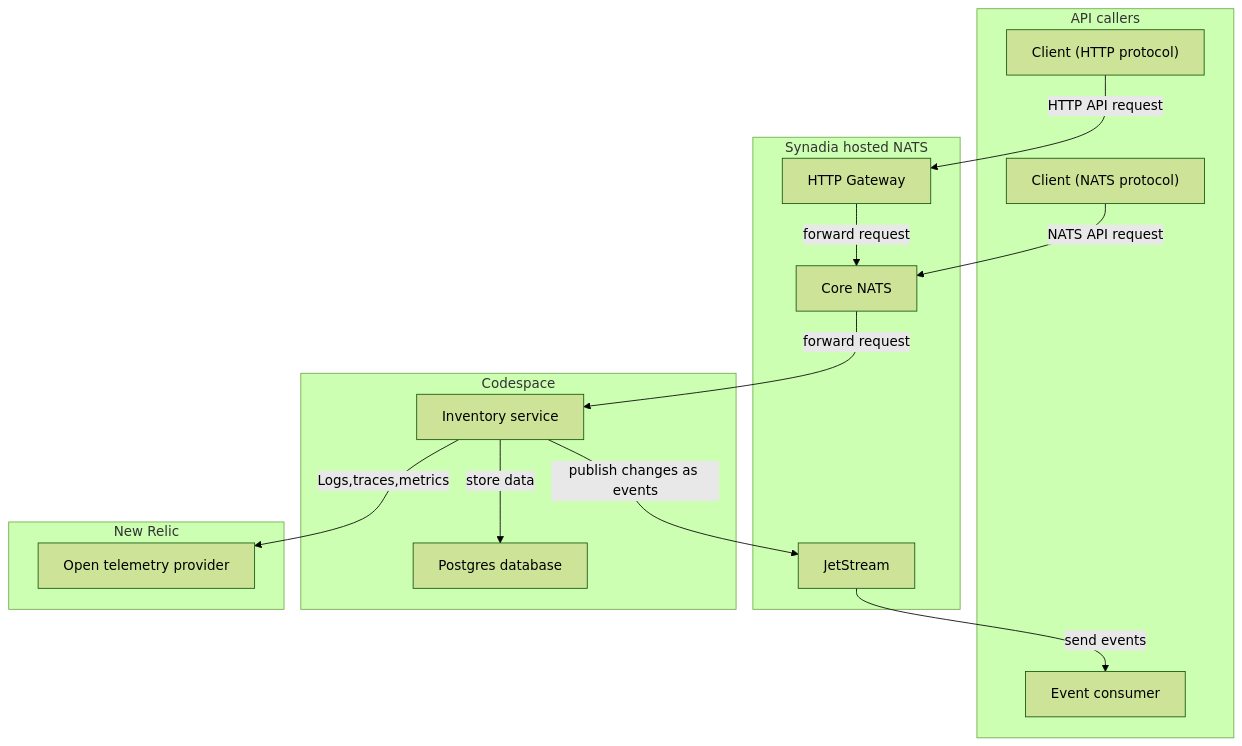
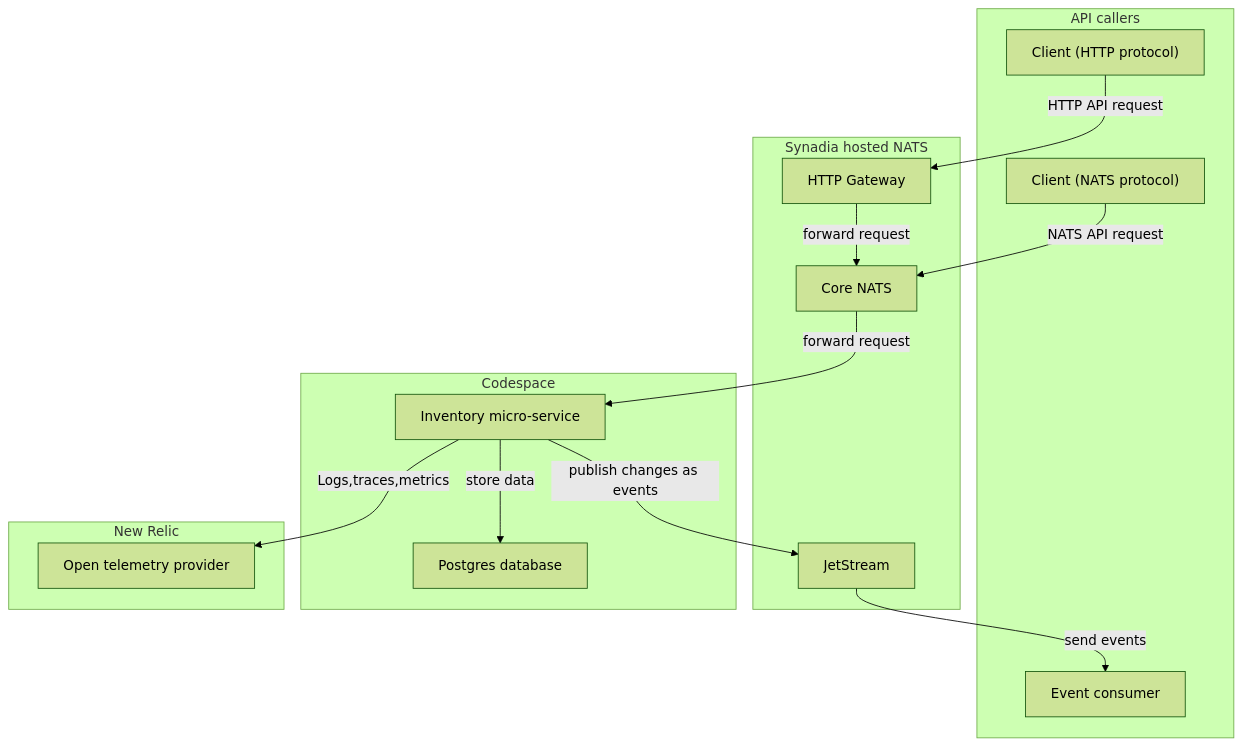
The first of 2 diagrams in docs/architecture.md (davidoram/beaker), drawn with Mermaid (forest theme) before and after one commit. The commit also changed other lines of this file and 10 other files, not shown here.

````diff
--- a/docs/architecture.md
+++ b/docs/architecture.md
@@ -5,28 +5,28 @@
 ```mermaid
 flowchart TD
     subgraph "API callers"
       A["Client (HTTP protocol)"]
       B["Client (NATS protocol)"]
       EC["Event consumer"]
     end
     subgraph "Synadia hosted NATS"
         N0["HTTP Gateway"]
         N2["Core NATS"]
         N1["JetStream"]
     end
     subgraph "Codespace"
-        C["Inventory service"]
+        C["Inventory micro-service"]
         D["Postgres database"]
     end
     subgraph "New Relic"
         E["Open telemetry provider"]
     end
     A --> |HTTP API request| N0
     N0 -->|forward request| N2
     N2 -->|forward request| C
     B --> |NATS API request| N2
     C -->|store data| D
     C -->|publish changes as events| N1
     N1 -->|send events| EC
     C -->|Logs,traces,metrics| E
 ```
````
